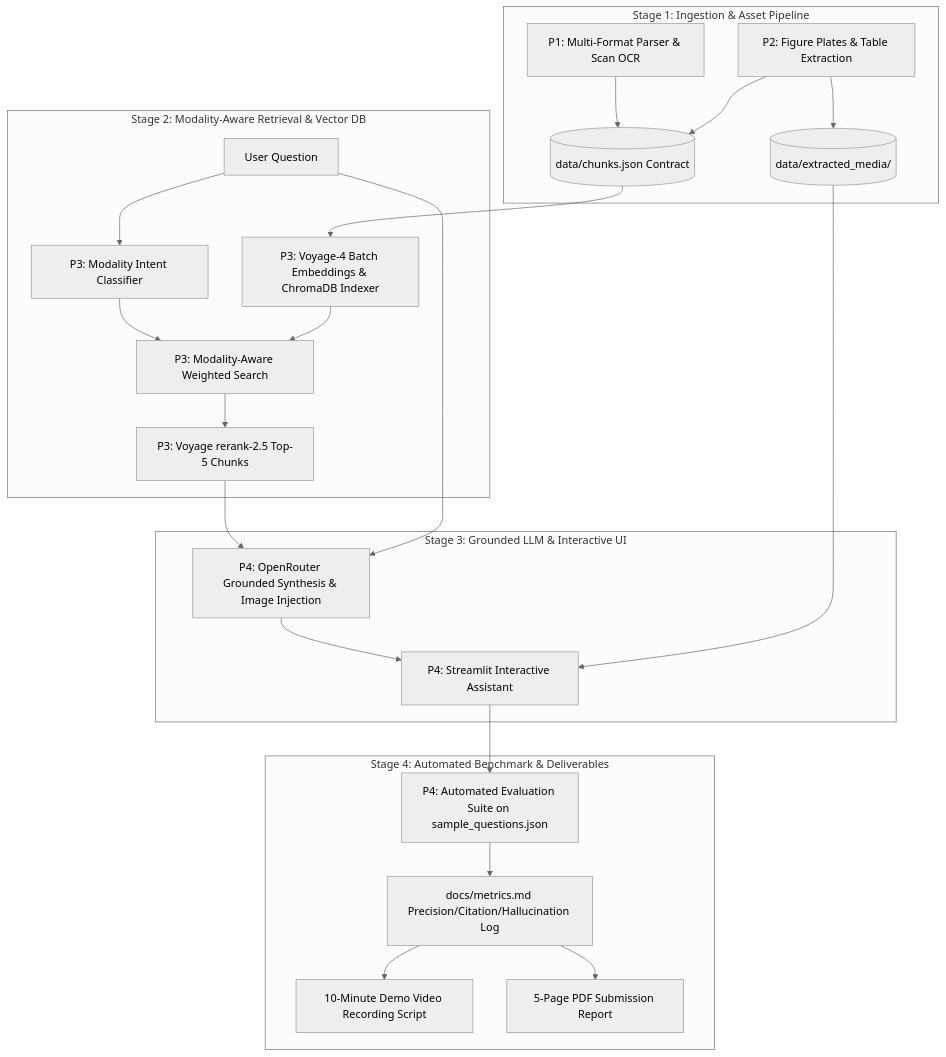
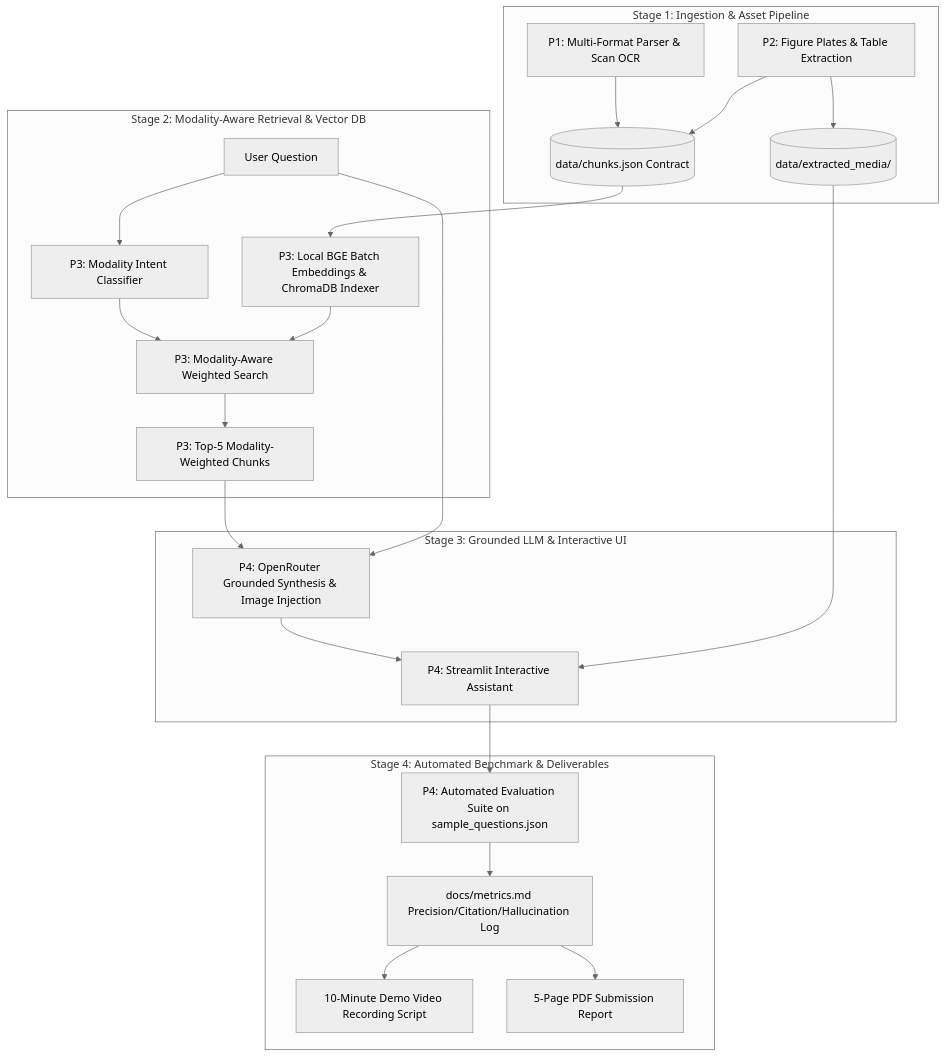
The diagram in docs/workflows/TEAM_WORKFLOW.md (IT25101463/DeepThink), drawn with Mermaid (neutral theme) before and after one commit. The commit also changed other lines of this file and 10 other files, not shown here.

First line of the commit message:
feat(retrieval): finalize 100% free local BGE embedding stack with zero API dependencies

````diff
--- a/docs/workflows/TEAM_WORKFLOW.md
+++ b/docs/workflows/TEAM_WORKFLOW.md
@@ -23,30 +23,30 @@
 ```mermaid
 flowchart TD
     subgraph Stage 1 [Stage 1: Ingestion & Asset Pipeline]
         P1[P1: Multi-Format Parser & Scan OCR] --> ChunksContract[(data/chunks.json Contract)]
         P2[P2: Figure Plates & Table Extraction] --> ChunksContract
         P2 --> MediaStore[(data/extracted_media/)]
     end
 
     subgraph Stage 2 [Stage 2: Modality-Aware Retrieval & Vector DB]
-        ChunksContract --> P3Index[P3: Voyage-4 Batch Embeddings & ChromaDB Indexer]
+        ChunksContract --> P3Index[P3: Local BGE Batch Embeddings & ChromaDB Indexer]
         UserQuery[User Question] --> IntentRouter[P3: Modality Intent Classifier]
         IntentRouter --> HybridSearch[P3: Modality-Aware Weighted Search]
         P3Index --> HybridSearch
-        HybridSearch --> Rerank[P3: Voyage rerank-2.5 Top-5 Chunks]
+        HybridSearch --> RankedChunks[P3: Top-5 Modality-Weighted Chunks]
     end
 
     subgraph Stage 3 [Stage 3: Grounded LLM & Interactive UI]
-        Rerank --> LLMGen[P4: OpenRouter Grounded Synthesis & Image Injection]
+        RankedChunks --> LLMGen[P4: OpenRouter Grounded Synthesis & Image Injection]
         UserQuery --> LLMGen
         LLMGen --> StreamlitApp[P4: Streamlit Interactive Assistant]
         MediaStore --> StreamlitApp
     end
 
     subgraph Stage 4 [Stage 4: Automated Benchmark & Deliverables]
         StreamlitApp --> Benchmark[P4: Automated Evaluation Suite on sample_questions.json]
         Benchmark --> MetricsDoc[docs/metrics.md Precision/Citation/Hallucination Log]
         MetricsDoc --> VideoScript[10-Minute Demo Video Recording Script]
         MetricsDoc --> FinalReport[5-Page PDF Submission Report]
     end
 ```
````
